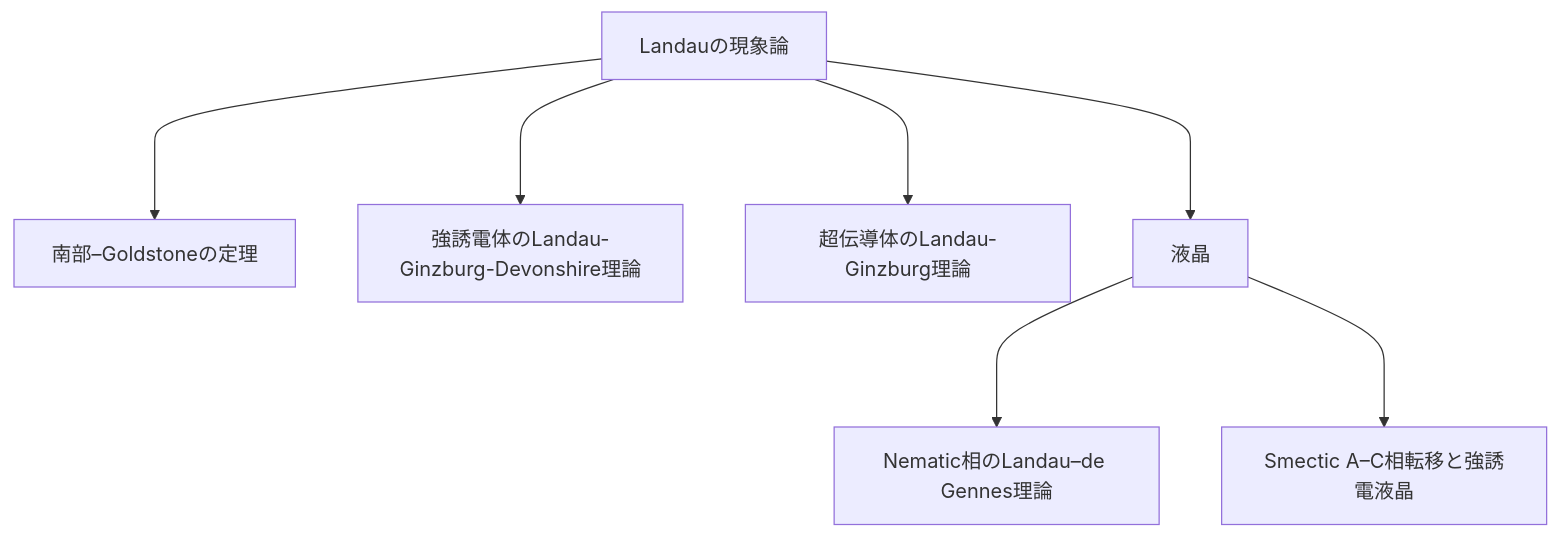
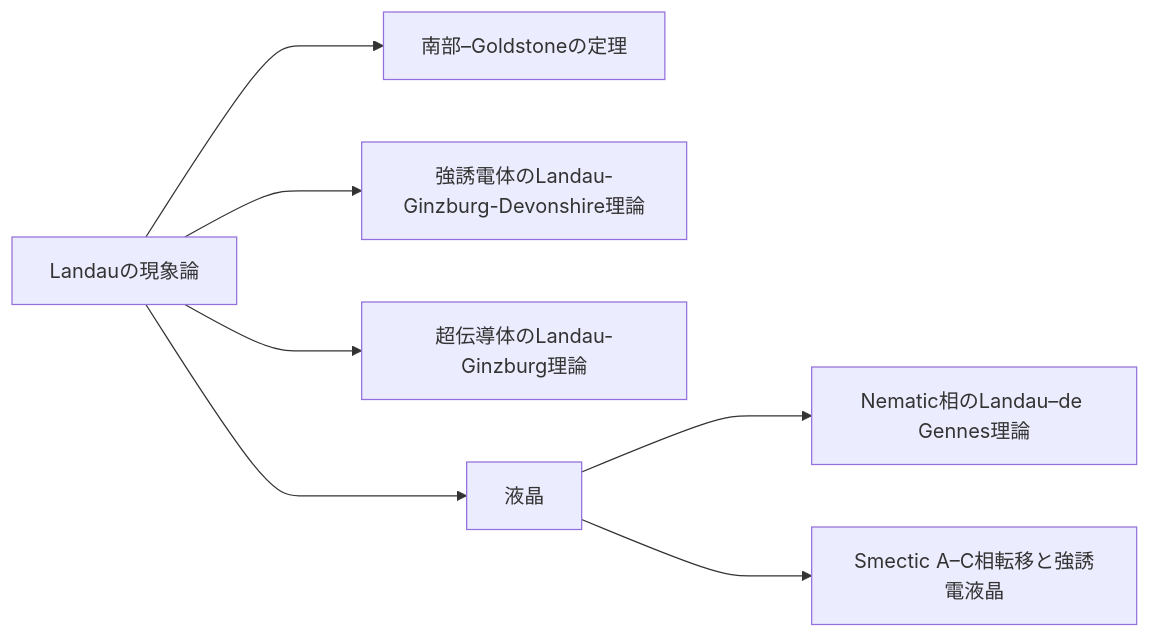
One commit to shunsuketakano/shunsuketakano_cv.github.io changed the diagram in _learn/softmatter_transition.md. Above: the diagram before and after it, drawn with Mermaid. The commit also changed other lines of this file, not shown here.

````diff
--- a/_learn/softmatter_transition.md
+++ b/_learn/softmatter_transition.md
@@ -12,10 +12,10 @@
 ```mermaid
-graph TD
+graph LR
     A[Landauの現象論] ---> B[南部–Goldstoneの定理]
     A ---> C[強誘電体のLandau-Ginzburg-Devonshire理論]
     A ---> D[超伝導体のLandau-Ginzburg理論]
     A ---> E[液晶]
 
     E ---> E1[Nematic相のLandau–de Gennes理論]
     E ---> E2[Smectic A–C相転移と強誘電液晶]
 ```
````
